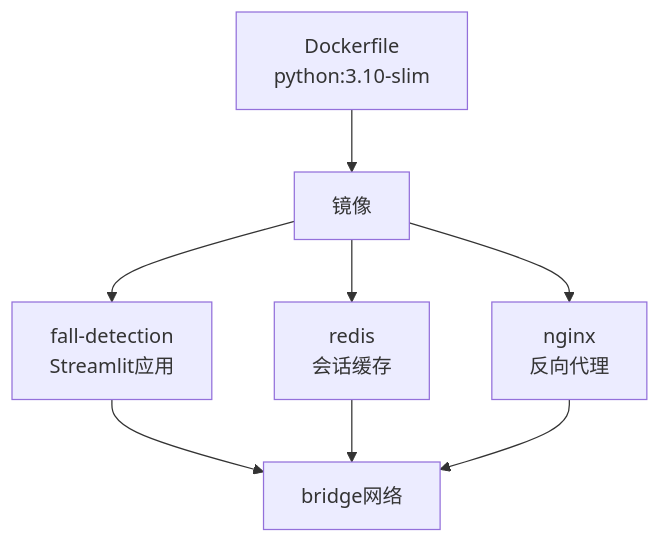
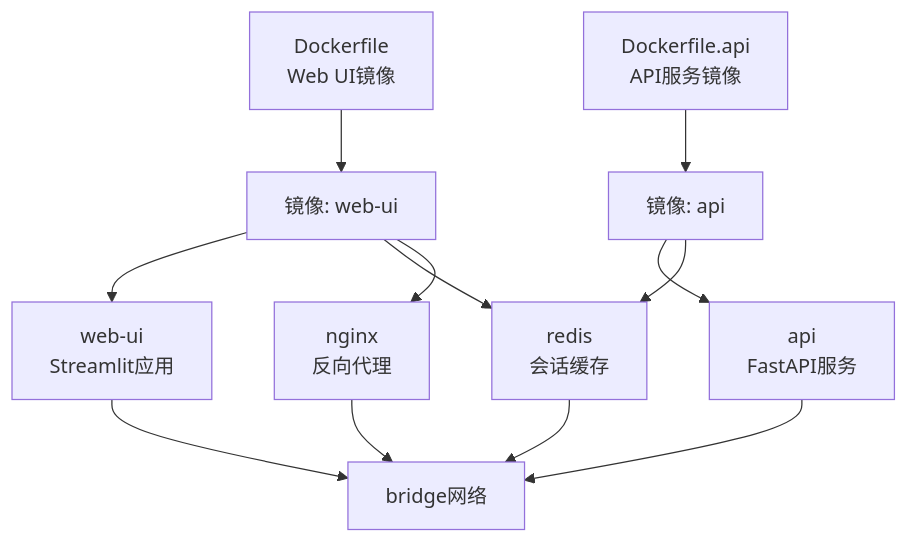
The ninth of 10 diagrams in .qoder/repowiki/zh/content/系统架构/技术栈选型.md (nanfeng2021/fall-detection-system), drawn with Mermaid before and after one commit. The commit also changed other lines of this file and 16 other files, not shown here.

````diff
--- a/.qoder/repowiki/zh/content/系统架构/技术栈选型.md
+++ b/.qoder/repowiki/zh/content/系统架构/技术栈选型.md
@@ -230,10 +326,14 @@
 ```mermaid
 graph TB
-DF["Dockerfile<br/>python:3.10-slim"] --> IMG["镜像"]
-IMG --> C1["fall-detection<br/>Streamlit应用"]
-IMG --> C2["redis<br/>会话缓存"]
-IMG --> C3["nginx<br/>反向代理"]
+DF["Dockerfile<br/>Web UI镜像"] --> IMG1["镜像: web-ui"]
+DFAPI["Dockerfile.api<br/>API服务镜像"] --> IMG2["镜像: api"]
+IMG1 --> C1["web-ui<br/>Streamlit应用"]
+IMG2 --> C2["api<br/>FastAPI服务"]
+IMG1 --> C3["redis<br/>会话缓存"]
+IMG2 --> C3
+IMG1 --> C4["nginx<br/>反向代理"]
 C1 --> NET["bridge网络"]
 C2 --> NET
 C3 --> NET
+C4 --> NET
 ```
````
